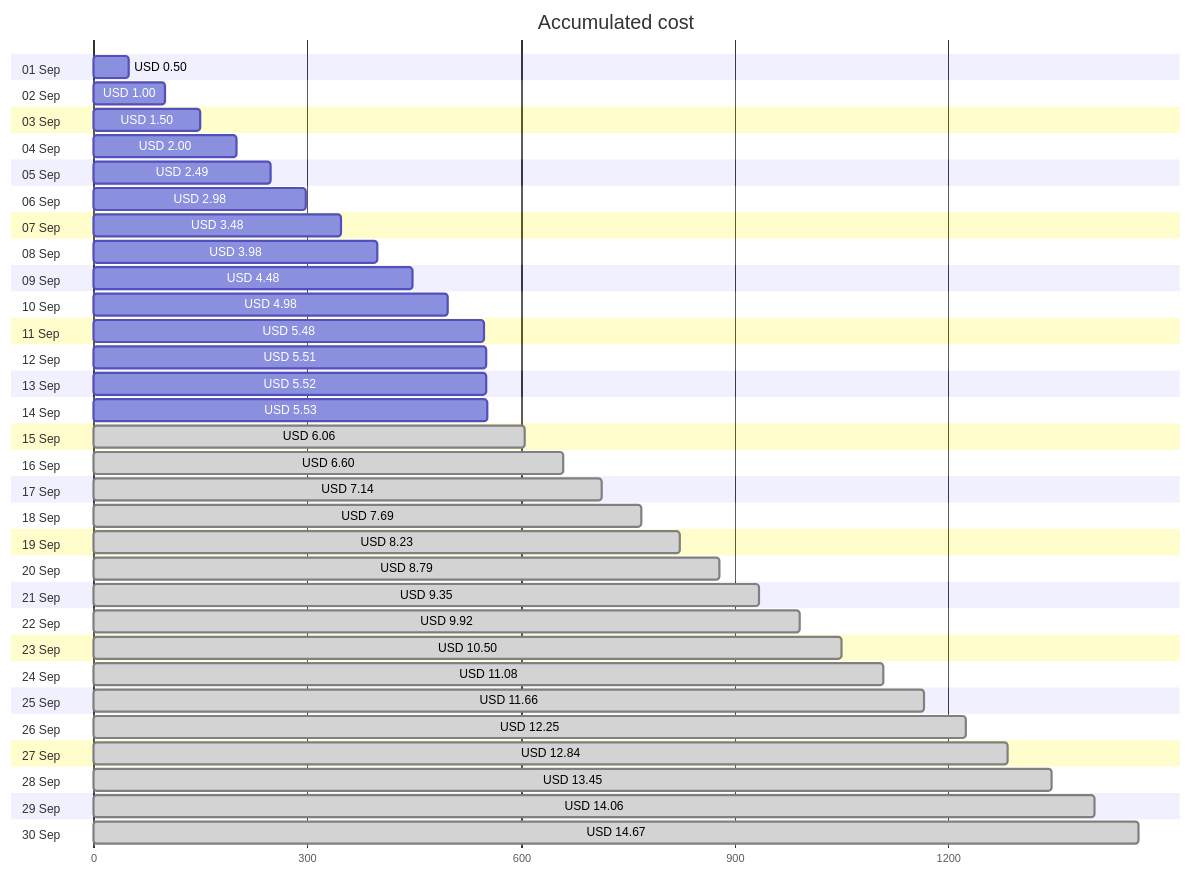
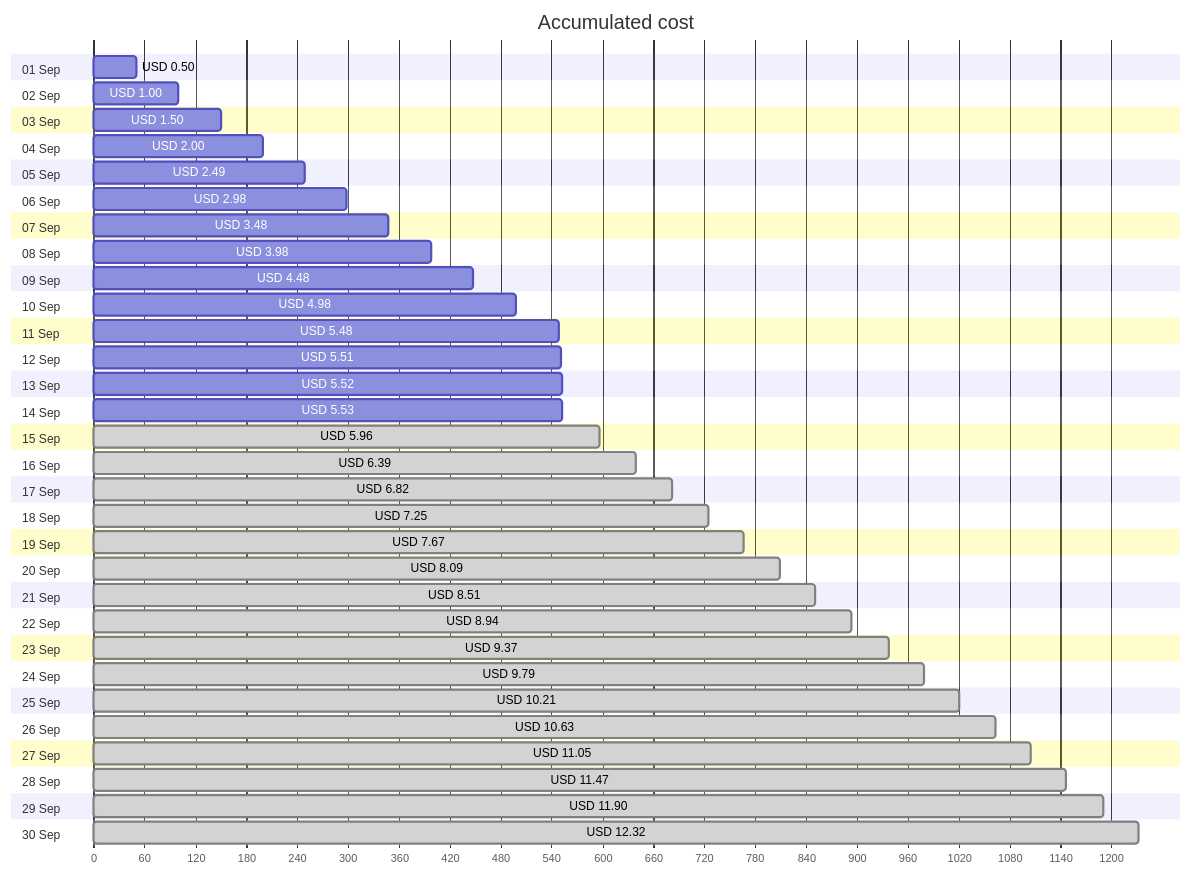
Before and after one commit to jpfulton/azure-personal-reports: the first of 4 diagrams in cost-reports/cloud-shell-storage-eastus/cs2100300008c8d894b.md, drawn with Mermaid. The commit also changed other lines of this file and 37 other files, not shown here.

````diff
--- a/cost-reports/cloud-shell-storage-eastus/cs2100300008c8d894b.md
+++ b/cost-reports/cloud-shell-storage-eastus/cs2100300008c8d894b.md
@@ -20,66 +20,66 @@
 ```mermaid
 gantt
    title Accumulated cost
    dateFormat  X
    axisFormat %s
    section 01 Sep
    USD 0.50 :0, 50
    section 02 Sep
    USD 1.00 :0, 100
    section 03 Sep
    USD 1.50 :0, 150
    section 04 Sep
    USD 2.00 :0, 200
    section 05 Sep
    USD 2.49 :0, 249
    section 06 Sep
    USD 2.98 :0, 298
    section 07 Sep
    USD 3.48 :0, 348
    section 08 Sep
    USD 3.98 :0, 398
    section 09 Sep
    USD 4.48 :0, 448
    section 10 Sep
    USD 4.98 :0, 498
    section 11 Sep
    USD 5.48 :0, 548
    section 12 Sep
    USD 5.51 :0, 551
    section 13 Sep
    USD 5.52 :0, 552
    section 14 Sep
    USD 5.53 :0, 553
    section 15 Sep
-   USD 6.06 : done, 0, 606
+   USD 5.96 : done, 0, 596
    section 16 Sep
-   USD 6.60 : done, 0, 660
+   USD 6.39 : done, 0, 639
    section 17 Sep
-   USD 7.14 : done, 0, 714
+   USD 6.82 : done, 0, 682
    section 18 Sep
-   USD 7.69 : done, 0, 769
+   USD 7.25 : done, 0, 725
    section 19 Sep
-   USD 8.23 : done, 0, 823
+   USD 7.67 : done, 0, 767
    section 20 Sep
-   USD 8.79 : done, 0, 879
+   USD 8.09 : done, 0, 809
    section 21 Sep
-   USD 9.35 : done, 0, 935
+   USD 8.51 : done, 0, 851
    section 22 Sep
-   USD 9.92 : done, 0, 992
+   USD 8.94 : done, 0, 894
    section 23 Sep
-   USD 10.50 : done, 0, 1050
+   USD 9.37 : done, 0, 937
    section 24 Sep
-   USD 11.08 : done, 0, 1108
+   USD 9.79 : done, 0, 979
    section 25 Sep
-   USD 11.66 : done, 0, 1166
+   USD 10.21 : done, 0, 1021
    section 26 Sep
-   USD 12.25 : done, 0, 1225
+   USD 10.63 : done, 0, 1063
    section 27 Sep
-   USD 12.84 : done, 0, 1284
+   USD 11.05 : done, 0, 1105
    section 28 Sep
-   USD 13.45 : done, 0, 1345
+   USD 11.47 : done, 0, 1147
    section 29 Sep
-   USD 14.06 : done, 0, 1406
+   USD 11.90 : done, 0, 1190
    section 30 Sep
-   USD 14.67 : done, 0, 1467
+   USD 12.32 : done, 0, 1232
 ```
````
